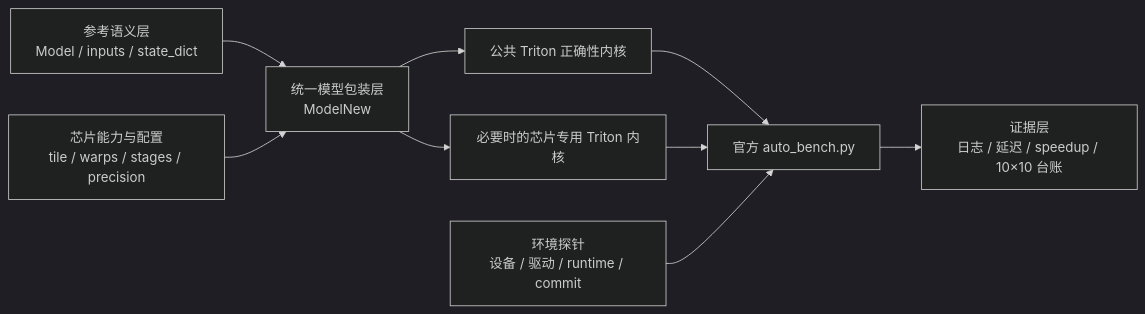
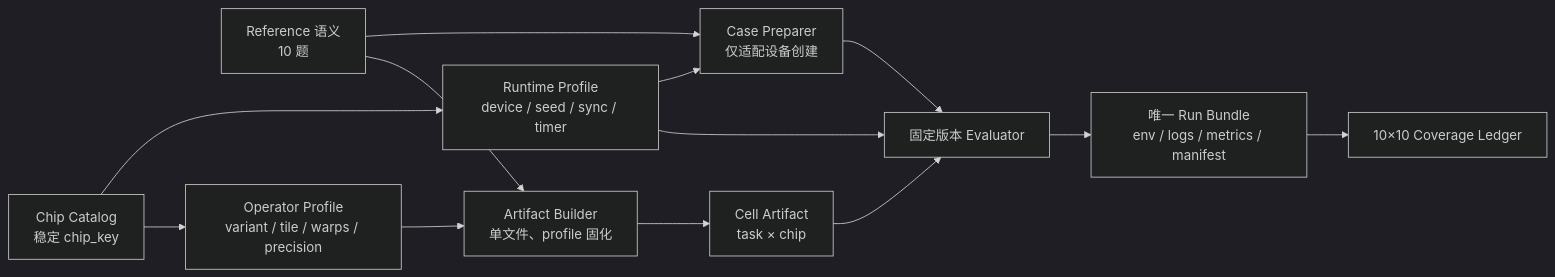
Before and after one commit to alexwong10/kernel_swift: the diagram in 设计文档.md, drawn with Mermaid (dark theme). The commit also changed other lines of this file and 1 other file, not shown here.

Commit message:
docs: address full-chip adaptation review

````diff
--- a/设计文档.md
+++ b/设计文档.md
@@ -36,11 +52,15 @@
 ```mermaid
 flowchart LR
-    REF["参考语义层<br/>Model / inputs / state_dict"] --> WRAP["统一模型包装层<br/>ModelNew"]
-    PROFILE["芯片能力与配置<br/>tile / warps / stages / precision"] --> WRAP
-    WRAP --> PORTABLE["公共 Triton 正确性内核"]
-    WRAP --> SPECIAL["必要时的芯片专用 Triton 内核"]
-    PORTABLE --> EVAL["官方 auto_bench.py"]
-    SPECIAL --> EVAL
-    ENV["环境探针<br/>设备 / 驱动 / runtime / commit"] --> EVAL
-    EVAL --> EVIDENCE["证据层<br/>日志 / 延迟 / speedup / 10×10 台账"]
+    SPEC["Reference 语义<br/>10 题"] --> PREP["Case Preparer<br/>仅适配设备创建"]
+    CHIP["Chip Catalog<br/>稳定 chip_key"] --> RUNTIME["Runtime Profile<br/>device / seed / sync / timer"]
+    CHIP --> OP["Operator Profile<br/>variant / tile / warps / precision"]
+    RUNTIME --> PREP
+    OP --> BUILD["Artifact Builder<br/>单文件、profile 固化"]
+    SPEC --> BUILD
+    BUILD --> ART["Cell Artifact<br/>task × chip"]
+    PREP --> EVAL["固定版本 Evaluator"]
+    ART --> EVAL
+    RUNTIME --> EVAL
+    EVAL --> RUN["唯一 Run Bundle<br/>env / logs / metrics / manifest"]
+    RUN --> LEDGER["10×10 Coverage Ledger"]
 ```
````
